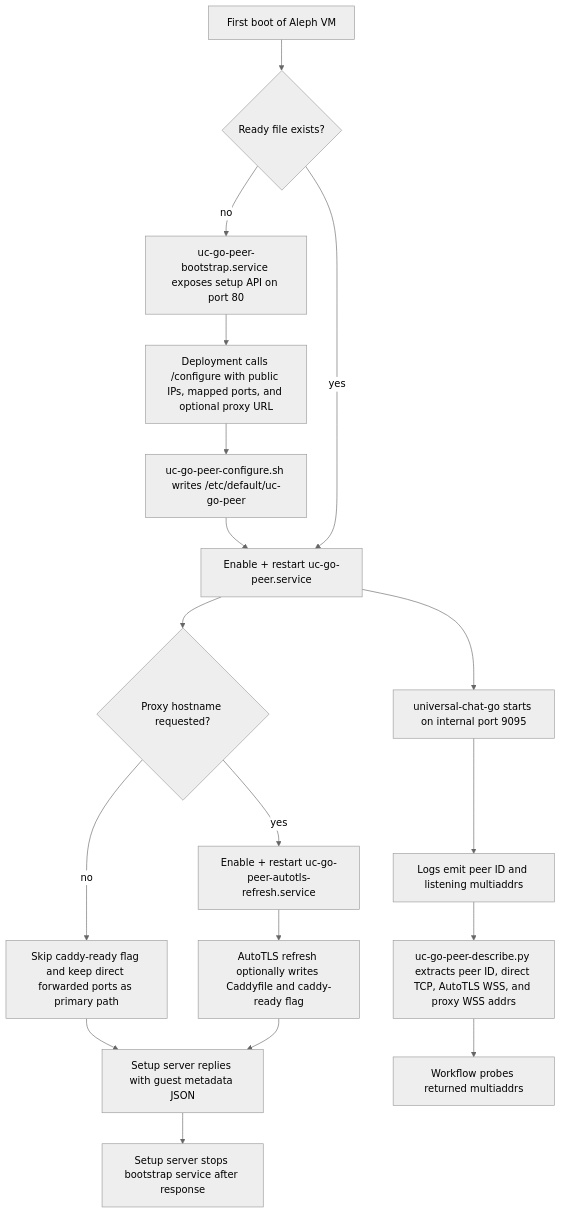
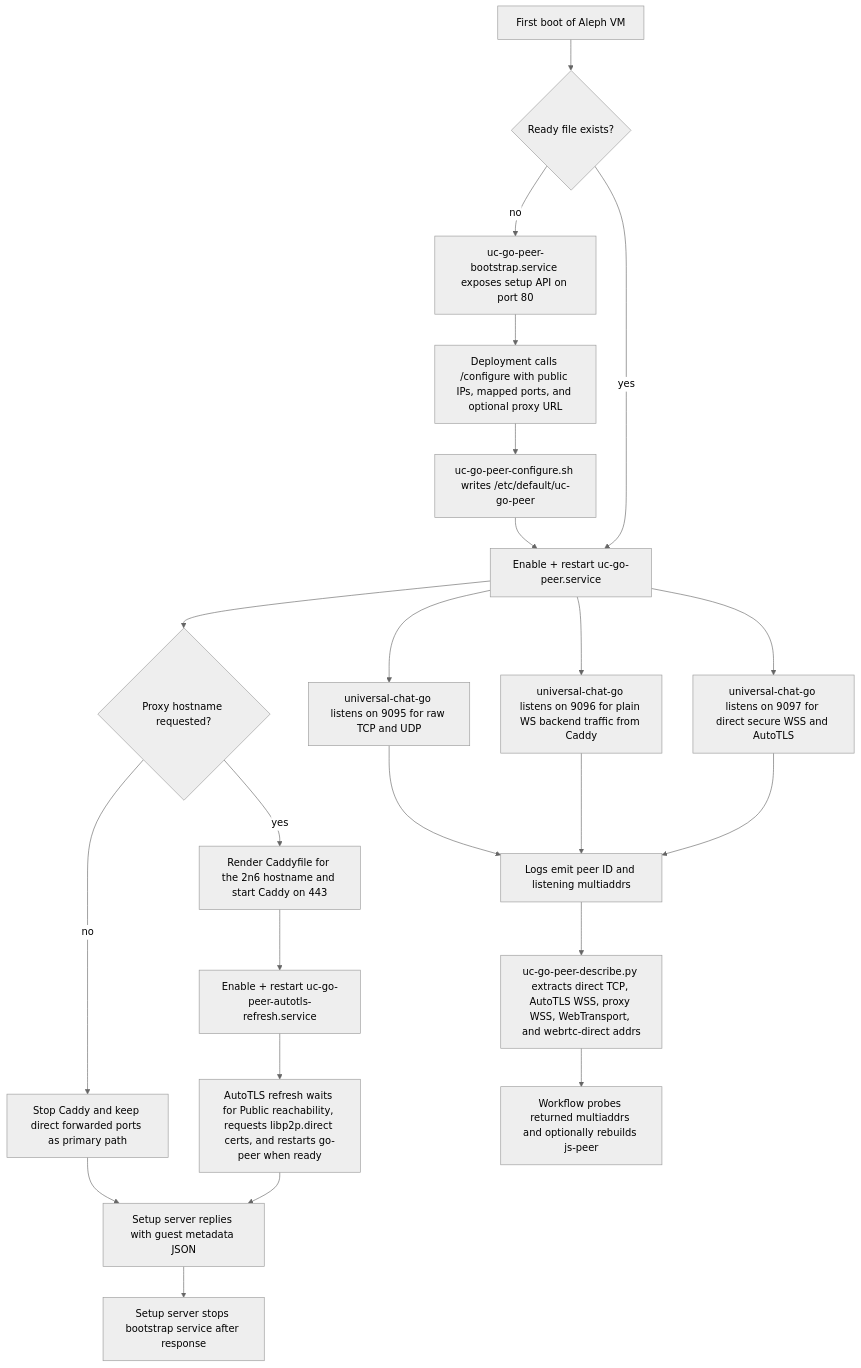
One commit to Le-Space/universal-connectivity changed the fourth of 6 diagrams in go-peer/aleph/README.md. Above: the diagram before and after it, drawn with Mermaid (neutral theme). The commit also changed other lines of this file, not shown here.

Commit message:
docs: align Aleph README diagrams with final relay topology

````diff
--- a/go-peer/aleph/README.md
+++ b/go-peer/aleph/README.md
@@ -155,22 +155,27 @@
 ```mermaid
 flowchart TD
     A[First boot of Aleph VM] --> B{Ready file exists?}
     B -- no --> C[uc-go-peer-bootstrap.service exposes setup API on port 80]
     C --> D[Deployment calls /configure with public IPs, mapped ports, and optional proxy URL]
     D --> E[uc-go-peer-configure.sh writes /etc/default/uc-go-peer]
     E --> F[Enable + restart uc-go-peer.service]
     F --> G{Proxy hostname requested?}
-    G -- no --> H[Skip caddy-ready flag and keep direct forwarded ports as primary path]
-    G -- yes --> I[Enable + restart uc-go-peer-autotls-refresh.service]
-    I --> J[AutoTLS refresh optionally writes Caddyfile and caddy-ready flag]
-    H --> K[Setup server replies with guest metadata JSON]
-    J --> K
-    K --> L[Setup server stops bootstrap service after response]
+    G -- no --> H[Stop Caddy and keep direct forwarded ports as primary path]
+    G -- yes --> I[Render Caddyfile for the 2n6 hostname and start Caddy on 443]
+    I --> J[Enable + restart uc-go-peer-autotls-refresh.service]
+    J --> K[AutoTLS refresh waits for Public reachability, requests libp2p.direct certs, and restarts go-peer when ready]
+    H --> L[Setup server replies with guest metadata JSON]
+    K --> L
+    L --> M[Setup server stops bootstrap service after response]
 
     B -- yes --> F
 
-    F --> M[universal-chat-go starts on internal port 9095]
-    M --> N[Logs emit peer ID and listening multiaddrs]
-    N --> O[uc-go-peer-describe.py extracts peer ID, direct TCP, AutoTLS WSS, and proxy WSS addrs]
-    O --> P[Workflow probes returned multiaddrs]
+    F --> N[universal-chat-go listens on 9095 for raw TCP and UDP]
+    F --> O[universal-chat-go listens on 9096 for plain WS backend traffic from Caddy]
+    F --> P[universal-chat-go listens on 9097 for direct secure WSS and AutoTLS]
+    N --> Q[Logs emit peer ID and listening multiaddrs]
+    O --> Q
+    P --> Q
+    Q --> R[uc-go-peer-describe.py extracts direct TCP, AutoTLS WSS, proxy WSS, WebTransport, and webrtc-direct addrs]
+    R --> S[Workflow probes returned multiaddrs and optionally rebuilds js-peer]
 ```
````
